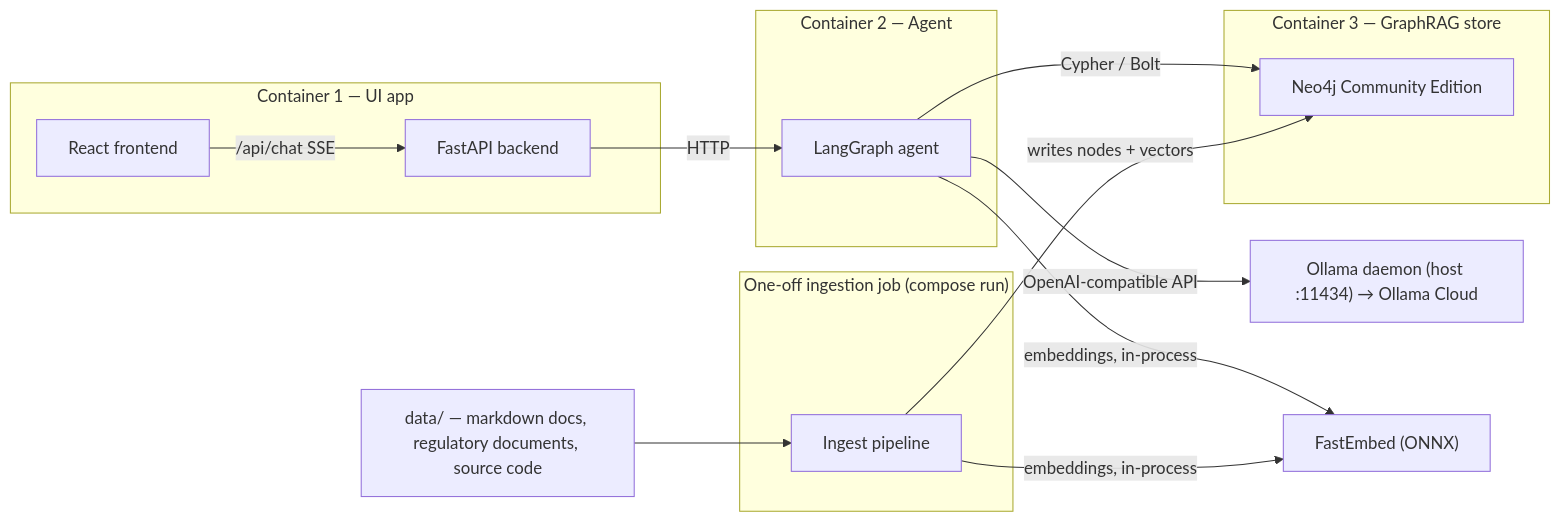
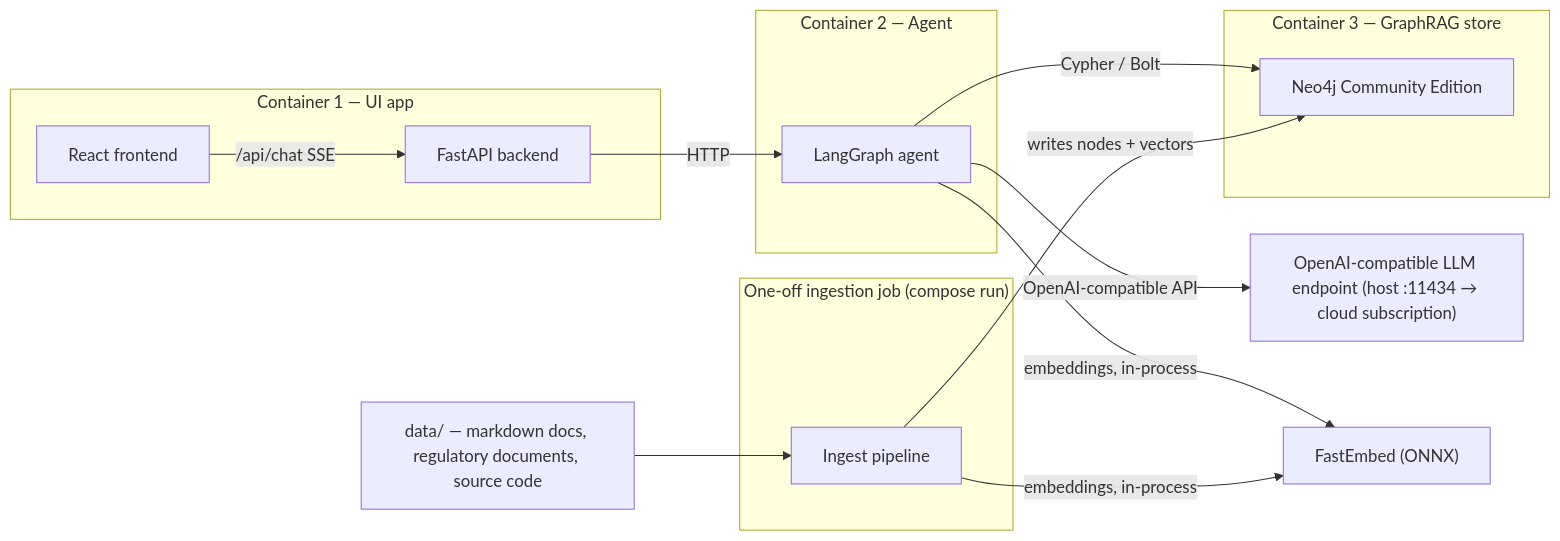
The first of 2 diagrams in README.md (tomconn/graphrag), drawn with Mermaid before and after one commit. The commit also changed other lines of this file and 7 other files, not shown here.

First line of the commit message:
Provider-agnostic LLM configuration: OLLAMA_* -> LLM_* env vars

````diff
--- a/README.md
+++ b/README.md
@@ -37,30 +37,30 @@
 ```mermaid
 flowchart LR
     subgraph ui["Container 1 — UI app"]
         REACT["React frontend"]
         FASTAPI["FastAPI backend"]
     end
 
     subgraph agent["Container 2 — Agent"]
         LG["LangGraph agent"]
     end
 
     subgraph neo4j["Container 3 — GraphRAG store"]
         N4J["Neo4j Community Edition"]
     end
 
     subgraph ingest["One-off ingestion job (compose run)"]
         ING["Ingest pipeline"]
     end
 
     CORPUS["data/ — markdown docs, regulatory documents, source code"]
 
     REACT -->|/api/chat SSE| FASTAPI
     FASTAPI -->|HTTP| LG
     LG -->|Cypher / Bolt| N4J
-    LG -->|OpenAI-compatible API| OLLAMA["Ollama daemon (host :11434) → Ollama Cloud"]
+    LG -->|OpenAI-compatible API| LLM["OpenAI-compatible LLM endpoint (host :11434 → cloud subscription)"]
     LG -->|embeddings, in-process| EMB["FastEmbed (ONNX)"]
     ING -->|writes nodes + vectors| N4J
     ING -->|embeddings, in-process| EMB
     CORPUS --> ING
 ```
````
